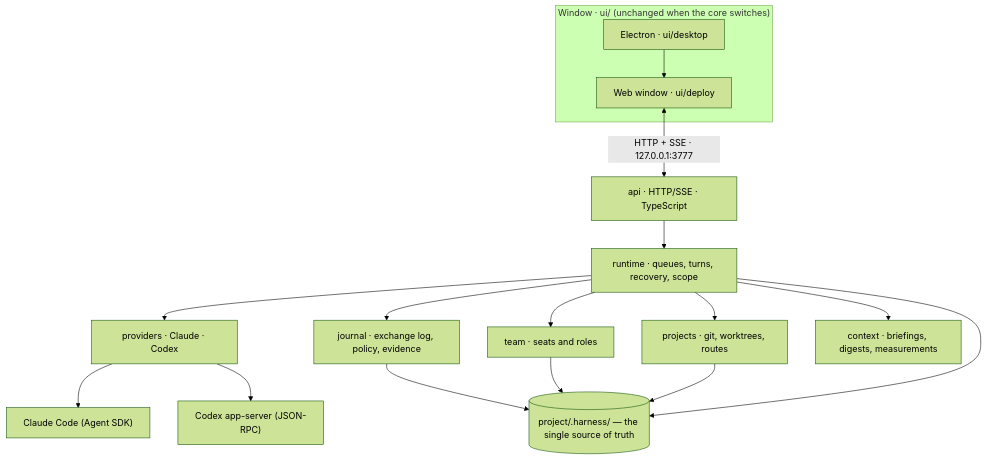
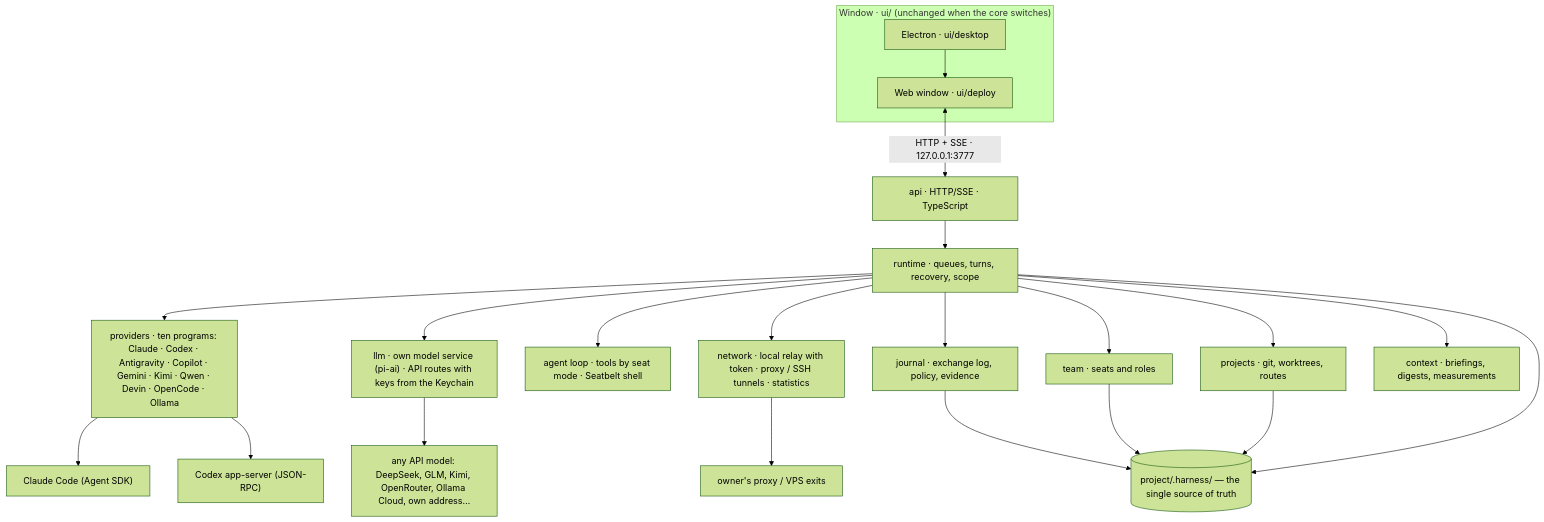
Before and after one commit to sergekostenchuk/harnessy: the first of 2 diagrams in README.md, drawn with Mermaid (forest theme). The commit also changed other lines of this file and 7 other files, not shown here.

Commit message:
docs: README — каталог из десяти программ, модели по API (llm + агентный цикл), прокси и VPS (TS-21..TS-23), живой слой окна

````diff
--- a/README.md
+++ b/README.md
@@ -14,16 +14,21 @@
 ```mermaid
 flowchart TB
   subgraph UI["Window · ui/ (unchanged when the core switches)"]
     E["Electron · ui/desktop"] --> W["Web window · ui/deploy"]
   end
   W <-->|"HTTP + SSE · 127.0.0.1:3777"| API["api · HTTP/SSE · TypeScript"]
   API --> RT["runtime · queues, turns, recovery, scope"]
-  RT --> PV["providers · Claude · Codex"]
+  RT --> PV["providers · ten programs: Claude · Codex · Antigravity · Copilot · Gemini · Kimi · Qwen · Devin · OpenCode · Ollama"]
+  RT --> LL["llm · own model service (pi-ai) · API routes with keys from the Keychain"]
+  RT --> AG["agent loop · tools by seat mode · Seatbelt shell"]
+  RT --> NR["network · local relay with token · proxy / SSH tunnels · statistics"]
   RT --> J["journal · exchange log, policy, evidence"]
   RT --> T["team · seats and roles"]
   RT --> PJ["projects · git, worktrees, routes"]
   RT --> CX["context · briefings, digests, measurements"]
   J & T & PJ & RT --> F[("project/.harness/ — the single source of truth")]
   PV --> CL["Claude Code (Agent SDK)"]
   PV --> CO["Codex app-server (JSON-RPC)"]
+  LL --> AI["any API model: DeepSeek, GLM, Kimi, OpenRouter, Ollama Cloud, own address…"]
+  NR --> EX["owner's proxy / VPS exits"]
 ```
````
